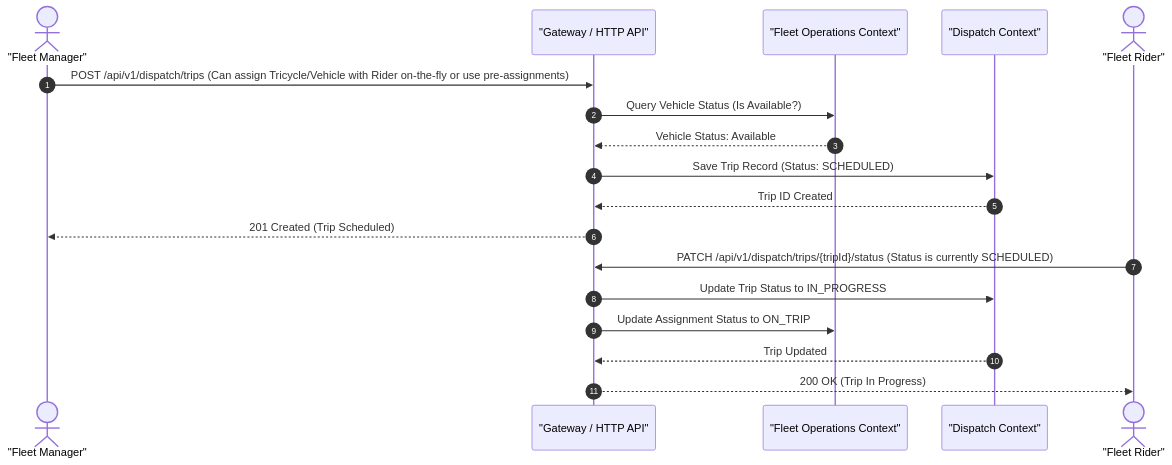
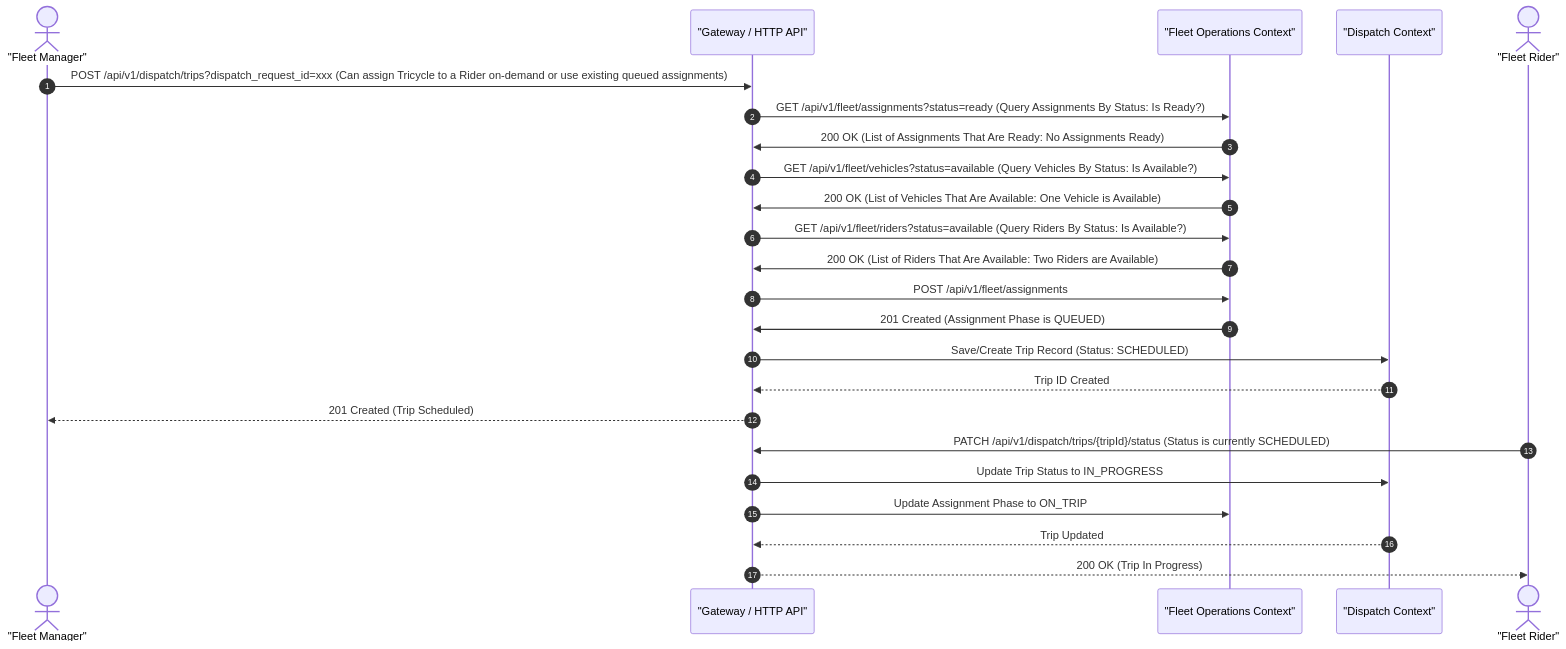
One commit to isocroft/fleet-management-ontology changed the third of 6 diagrams in README.md. Above: the diagram before and after it, drawn with Mermaid. The commit also changed other lines of this file, not shown here.

````diff
--- a/README.md
+++ b/README.md
@@ -270,22 +285,28 @@
 ```mermaid
 sequenceDiagram
     autonumber
     actor Manager as "Fleet Manager"
     participant API as "Gateway / HTTP API"
     participant FleetMod as "Fleet Operations Context"
     participant TripMod as "Dispatch Context"
     actor Rider as "Fleet Rider"
 
-    Manager->>API: POST /api/v1/dispatch/trips (Can assign Tricycle/Vehicle with Rider on-the-fly or use pre-assignments)
-    API->>FleetMod: Query Vehicle Status (Is Available?)
-    FleetMod-->>API: Vehicle Status: Available
-    API->>TripMod: Save Trip Record (Status: SCHEDULED)
+    Manager->>API: POST /api/v1/dispatch/trips?dispatch_request_id=xxx (Can assign Tricycle to a Rider on-demand or use existing queued assignments)
+    API->>FleetMod: GET /api/v1/fleet/assignments?status=ready (Query Assignments By Status: Is Ready?)
+    FleetMod->>API: 200 OK (List of Assignments That Are Ready: No Assignments Ready)
+    API->>FleetMod: GET /api/v1/fleet/vehicles?status=available (Query Vehicles By Status: Is Available?)
+    FleetMod->>API: 200 OK (List of Vehicles That Are Available: One Vehicle is Available)
+    API->>FleetMod: GET /api/v1/fleet/riders?status=available (Query Riders By Status: Is Available?)
+    FleetMod->>API: 200 OK (List of Riders That Are Available: Two Riders are Available)
+    API->>FleetMod: POST /api/v1/fleet/assignments
+    FleetMod->>API: 201 Created (Assignment Phase is QUEUED)
+    API->>TripMod: Save/Create Trip Record  (Status: SCHEDULED)
     TripMod-->>API: Trip ID Created
     API-->>Manager: 201 Created (Trip Scheduled)
 
     Rider->>API: PATCH /api/v1/dispatch/trips/{tripId}/status (Status is currently SCHEDULED)
     API->>TripMod: Update Trip Status to IN_PROGRESS
-    API->>FleetMod: Update Assignment Status to ON_TRIP
+    API->>FleetMod: Update Assignment Phase to ON_TRIP
     TripMod-->>API: Trip Updated
     API-->>Rider: 200 OK (Trip In Progress)
 ```
````
